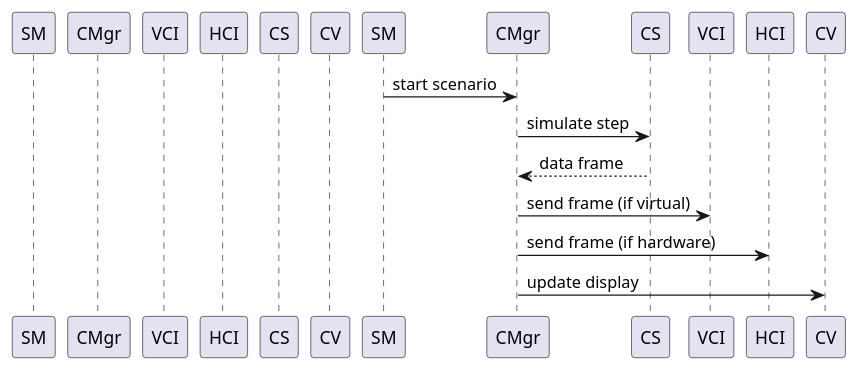
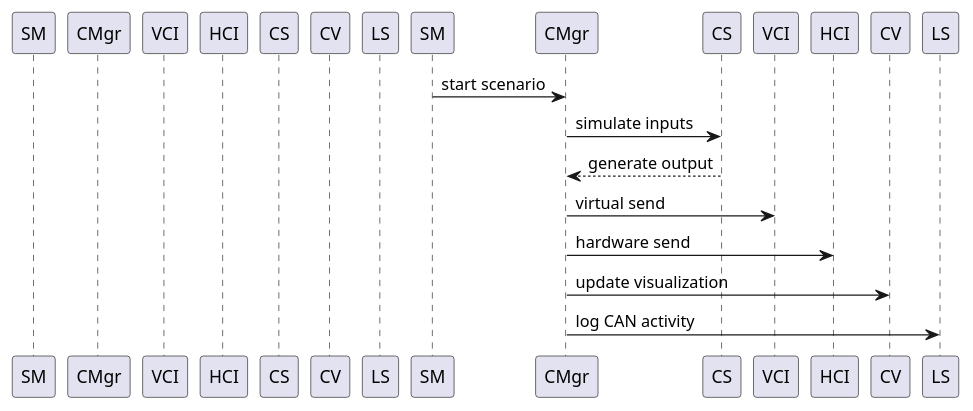
One commit to indietonne2/CANary_0.1 changed the fourth of 5 diagrams in docs/Architecture/C01-14-tf-canary-architecture-documentation.md. Above: the diagram before and after it, drawn with PlantUML. The commit also changed other lines of this file, not shown here.

````diff
--- a/docs/Architecture/C01-14-tf-canary-architecture-documentation.md
+++ b/docs/Architecture/C01-14-tf-canary-architecture-documentation.md
@@ -204,17 +223,19 @@
 ```plantuml
-@startuml C01-18_CANFlow
+@startuml C01-23_CANFlow
 participant SM as ScenarioManager
 participant CMgr as CANManager
 participant VCI as VirtualCANInterface
 participant HCI as HardwareCANInterface
 participant CS as CarSimulator
 participant CV as CANVisualizer
+participant LS as LoggingSystem
 
 SM -> CMgr : start scenario
-CMgr -> CS : simulate step
-CS --> CMgr : data frame
-CMgr -> VCI : send frame (if virtual)
-CMgr -> HCI : send frame (if hardware)
-CMgr -> CV : update display
+CMgr -> CS : simulate inputs
+CS --> CMgr : generate output
+CMgr -> VCI : virtual send
+CMgr -> HCI : hardware send
+CMgr -> CV : update visualization
+CMgr -> LS : log CAN activity
 @enduml
 ```
````
